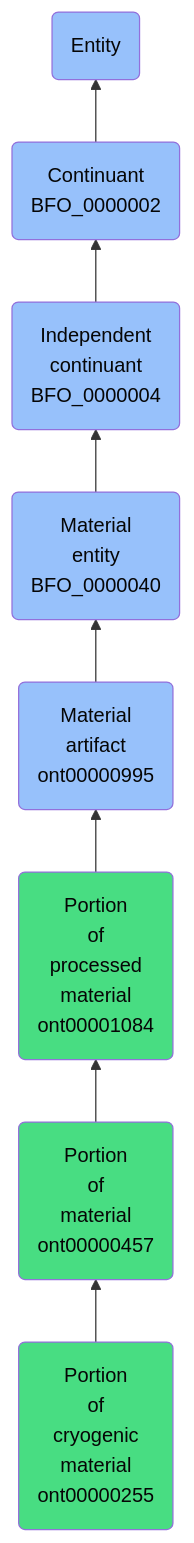
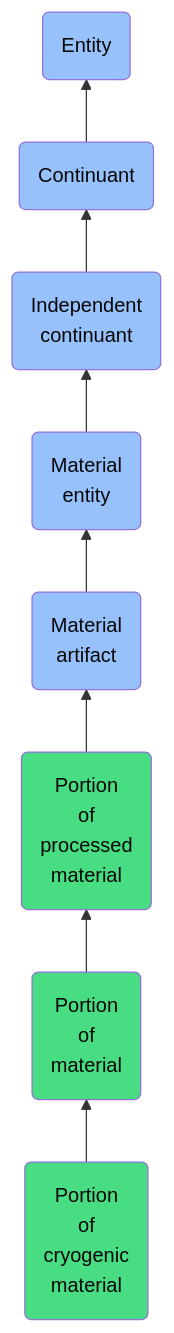
Before and after one commit to jupyter-naas/abi: the diagram in docs/ontology/reference/model/Entity/Continuant/Independent continuant/Material entity/Material artifact/Portion of processed material/Portion of material/Portion of cryogenic material/Portion of cryogenic material.md, drawn with Mermaid. The commit also changed other lines of this file and 1430 other files, not shown here.

````diff
--- a/docs/ontology/reference/model/Entity/Continuant/Independent continuant/Material entity/Material artifact/Portion of processed material/Portion of material/Portion of cryogenic material/Portion of cryogenic material.md
+++ b/docs/ontology/reference/model/Entity/Continuant/Independent continuant/Material entity/Material artifact/Portion of processed material/Portion of material/Portion of cryogenic material/Portion of cryogenic material.md
@@ -24,15 +24,15 @@
 ```mermaid
 graph BT
-    ont00000255(Portion<br>of<br>cryogenic<br>material<br>ont00000255):::ABI-->ont00000457
-    ont00000457(Portion<br>of<br>material<br>ont00000457):::ABI-->ont00001084
-    ont00001084(Portion<br>of<br>processed<br>material<br>ont00001084):::ABI-->ont00000995
-    ont00000995(Material<br>artifact<br>ont00000995):::BFO-->BFO_0000040
-    BFO_0000040(Material<br>entity<br>BFO_0000040):::BFO-->BFO_0000004
-    BFO_0000004(Independent<br>continuant<br>BFO_0000004):::BFO-->BFO_0000002
-    BFO_0000002(Continuant<br>BFO_0000002):::BFO-->BFO_0000001
+    ont00000255(Portion<br>of<br>cryogenic<br>material):::ABI-->ont00000457
+    ont00000457(Portion<br>of<br>material):::ABI-->ont00001084
+    ont00001084(Portion<br>of<br>processed<br>material):::ABI-->ont00000995
+    ont00000995(Material<br>artifact):::BFO-->BFO_0000040
+    BFO_0000040(Material<br>entity):::BFO-->BFO_0000004
+    BFO_0000004(Independent<br>continuant):::BFO-->BFO_0000002
+    BFO_0000002(Continuant):::BFO-->BFO_0000001
     BFO_0000001(Entity):::BFO
     
     classDef BFO fill:#97c1fb,color:#060606
     classDef CCO fill:#e4c51e,color:#060606
     classDef ABI fill:#48DD82,color:#060606
 ```
````
